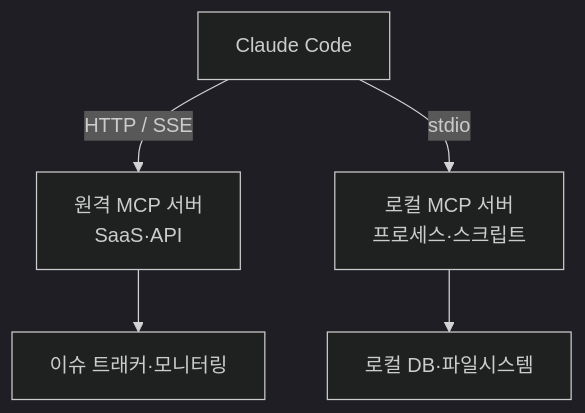
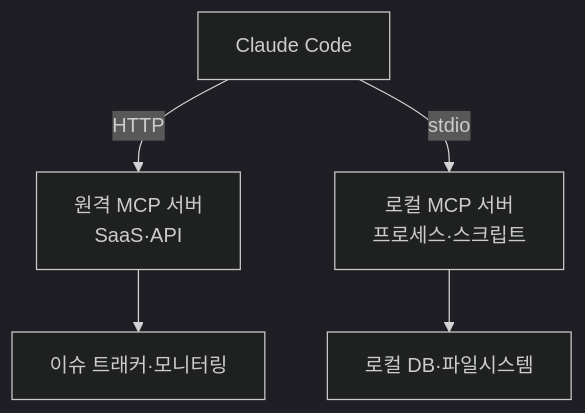
One commit to modu-ai/moai-adk changed the diagram in docs-site/content/ko/claude-code/extensibility/mcp.md. Above: the diagram before and after it, drawn with Mermaid (dark theme). The commit also changed other lines of this file and 3 other files, not shown here.

````diff
--- a/docs-site/content/ko/claude-code/extensibility/mcp.md
+++ b/docs-site/content/ko/claude-code/extensibility/mcp.md
@@ -43,8 +43,8 @@
 ```mermaid
 flowchart TD
     CC[Claude Code]
-    CC -->|HTTP / SSE| Remote[원격 MCP 서버<br>SaaS·API]
+    CC -->|HTTP| Remote[원격 MCP 서버<br>SaaS·API]
     CC -->|stdio| Local[로컬 MCP 서버<br>프로세스·스크립트]
     Remote --> Ext1[이슈 트래커·모니터링]
     Local --> Ext2[로컬 DB·파일시스템]
 ```
````
